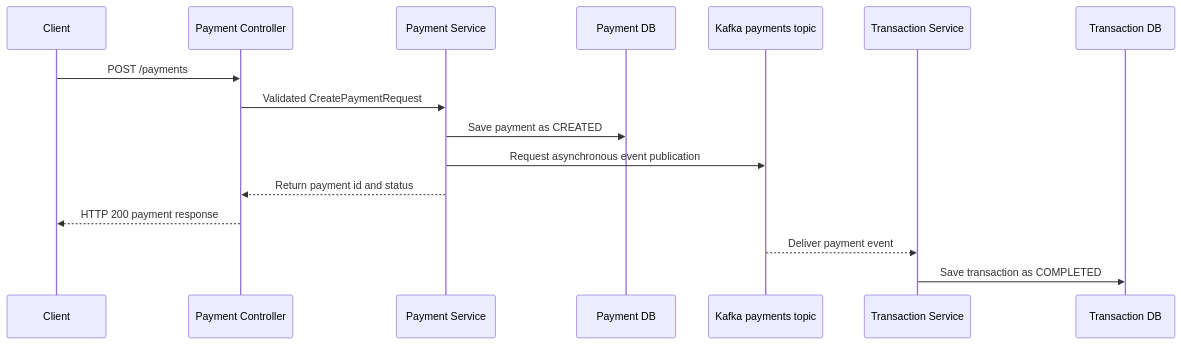
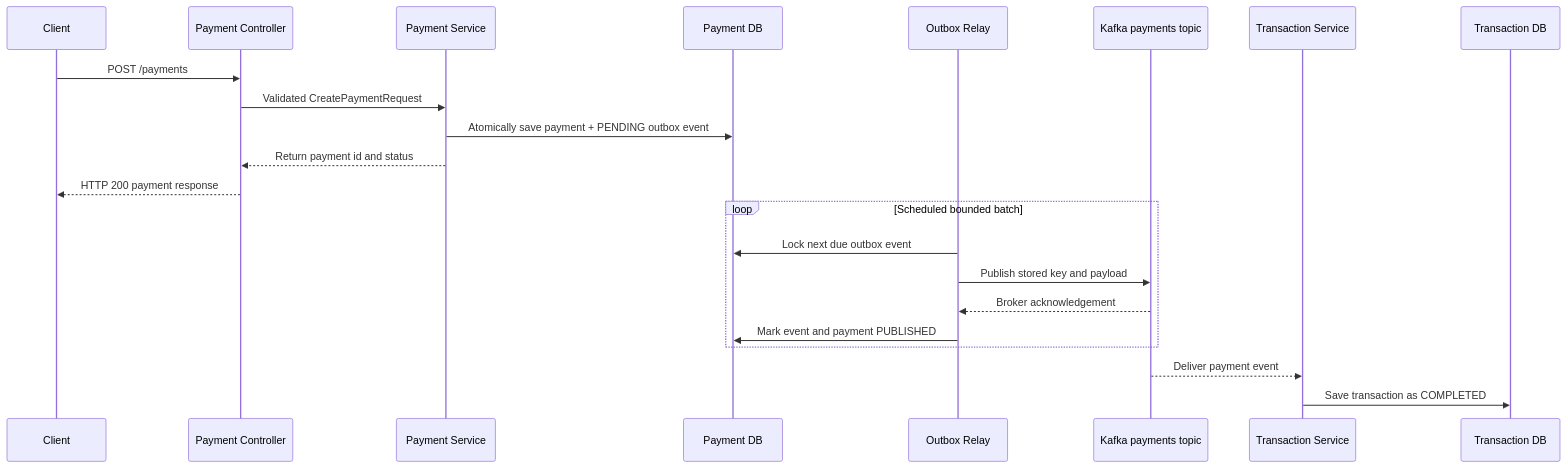
One commit to J4vedskh/finbank-microservices-lab changed the first of 3 diagrams in docs/architecture.md. Above: the diagram before and after it, drawn with Mermaid. The commit also changed other lines of this file and 24 other files, not shown here.

Commit message:
Add transactional payment outbox (#15)

````diff
--- a/docs/architecture.md
+++ b/docs/architecture.md
@@ -16,19 +16,25 @@
 ```mermaid
 sequenceDiagram
     participant Client
     participant API as Payment Controller
     participant Payments as Payment Service
     participant DB as Payment DB
+    participant Relay as Outbox Relay
     participant Kafka as Kafka payments topic
     participant Ledger as Transaction Service
     participant LedgerDB as Transaction DB
 
     Client->>API: POST /payments
     API->>Payments: Validated CreatePaymentRequest
-    Payments->>DB: Save payment as CREATED
-    Payments->>Kafka: Request asynchronous event publication
+    Payments->>DB: Atomically save payment + PENDING outbox event
     Payments-->>API: Return payment id and status
     API-->>Client: HTTP 200 payment response
+    loop Scheduled bounded batch
+        Relay->>DB: Lock next due outbox event
+        Relay->>Kafka: Publish stored key and payload
+        Kafka-->>Relay: Broker acknowledgement
+        Relay->>DB: Mark event and payment PUBLISHED
+    end
     Kafka-->>Ledger: Deliver payment event
     Ledger->>LedgerDB: Save transaction as COMPLETED
 ```
````
